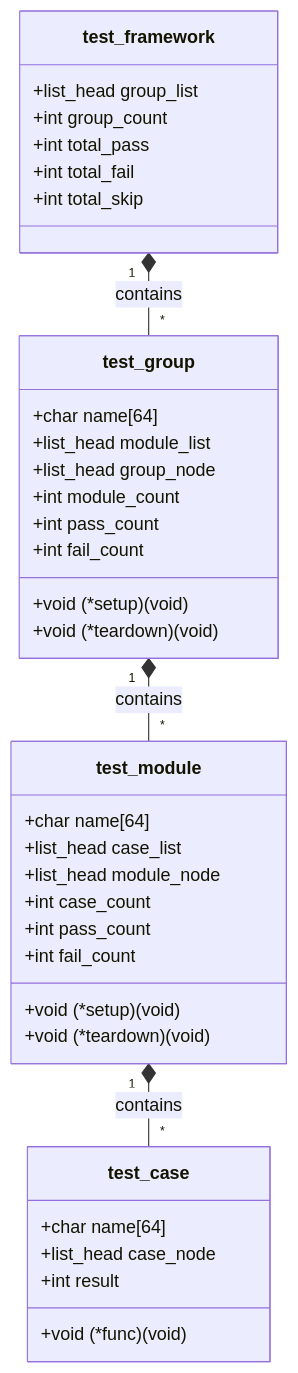
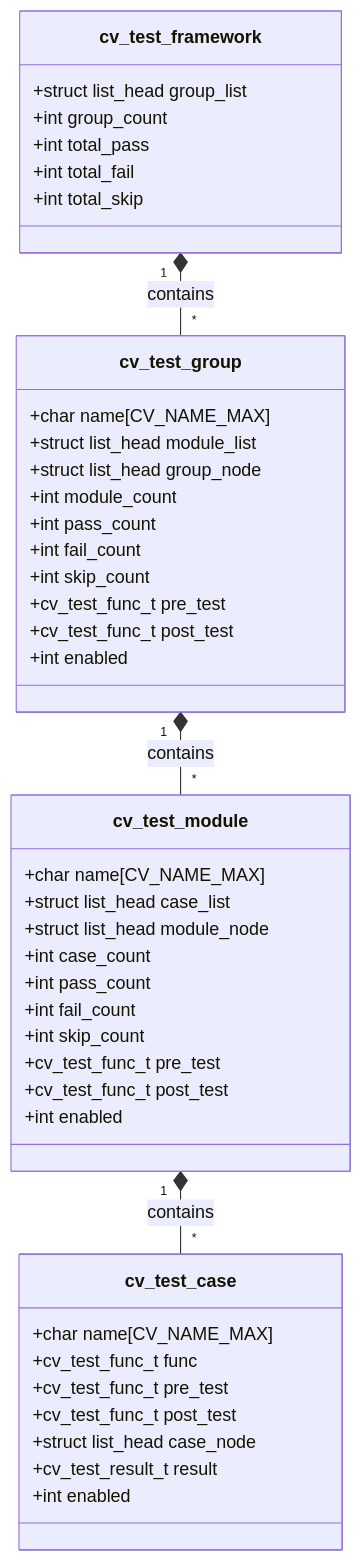
One commit to kimihuang/packages changed the second of 6 diagrams in cv_framework/DESIGN.md. Above: the diagram before and after it, drawn with Mermaid. The commit also changed other lines of this file, not shown here.

Commit message:
update cv framework design.md

````diff
--- a/cv_framework/DESIGN.md
+++ b/cv_framework/DESIGN.md
@@ -51,43 +51,50 @@
 ```mermaid
 classDiagram
-    class test_case {
-        +char name[64]
-        +void (*func)(void)
-        +list_head case_node
-        +int result
+    class cv_test_case {
+        +char name[CV_NAME_MAX]
+        +cv_test_func_t func
+        +cv_test_func_t pre_test
+        +cv_test_func_t post_test
+        +struct list_head case_node
+        +cv_test_result_t result
+        +int enabled
     }
 
-    class test_module {
-        +char name[64]
-        +list_head case_list
-        +list_head module_node
+    class cv_test_module {
+        +char name[CV_NAME_MAX]
+        +struct list_head case_list
+        +struct list_head module_node
         +int case_count
-        +void (*setup)(void)
-        +void (*teardown)(void)
         +int pass_count
         +int fail_count
+        +int skip_count
+        +cv_test_func_t pre_test
+        +cv_test_func_t post_test
+        +int enabled
     }
 
-    class test_group {
-        +char name[64]
-        +list_head module_list
-        +list_head group_node
+    class cv_test_group {
+        +char name[CV_NAME_MAX]
+        +struct list_head module_list
+        +struct list_head group_node
         +int module_count
-        +void (*setup)(void)
-        +void (*teardown)(void)
         +int pass_count
         +int fail_count
+        +int skip_count
+        +cv_test_func_t pre_test
+        +cv_test_func_t post_test
+        +int enabled
     }
 
-    class test_framework {
-        +list_head group_list
+    class cv_test_framework {
+        +struct list_head group_list
         +int group_count
         +int total_pass
         +int total_fail
         +int total_skip
     }
 
-    test_framework "1" *-- "*" test_group : contains
-    test_group "1" *-- "*" test_module : contains
-    test_module "1" *-- "*" test_case : contains
+    cv_test_framework "1" *-- "*" cv_test_group : contains
+    cv_test_group "1" *-- "*" cv_test_module : contains
+    cv_test_module "1" *-- "*" cv_test_case : contains
 ```
````
